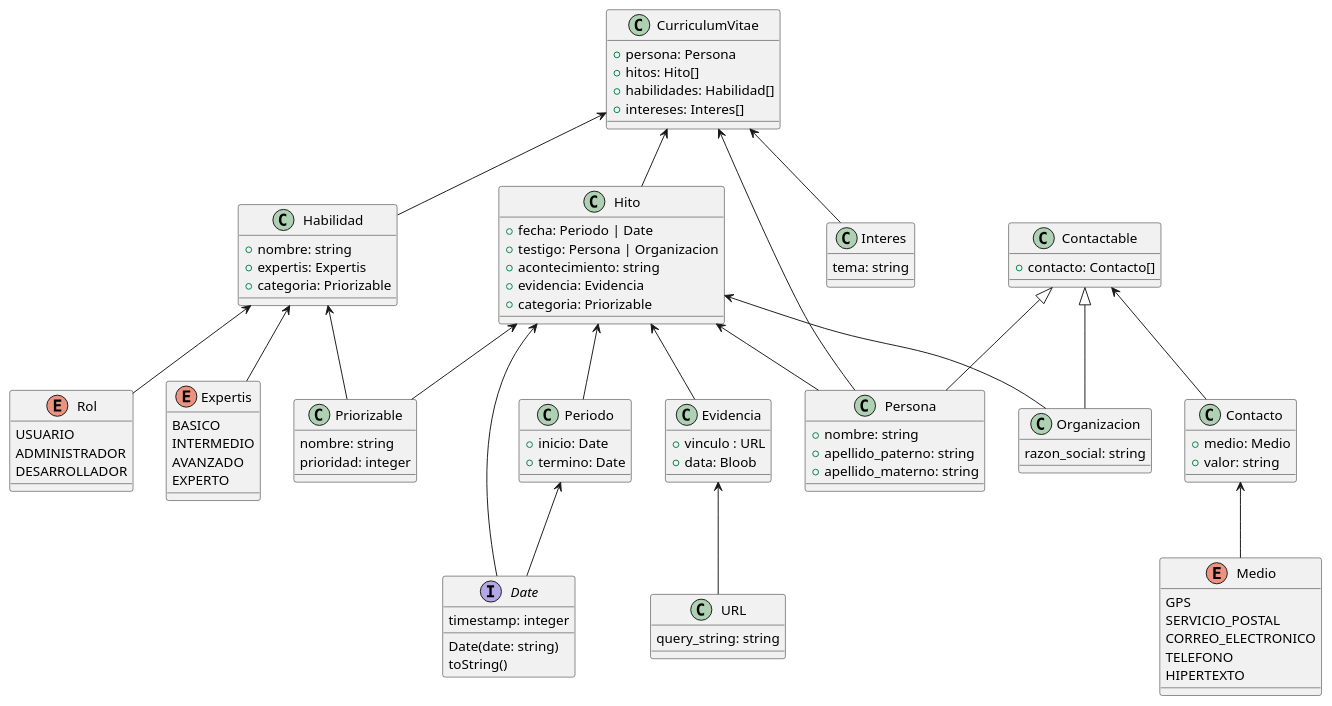
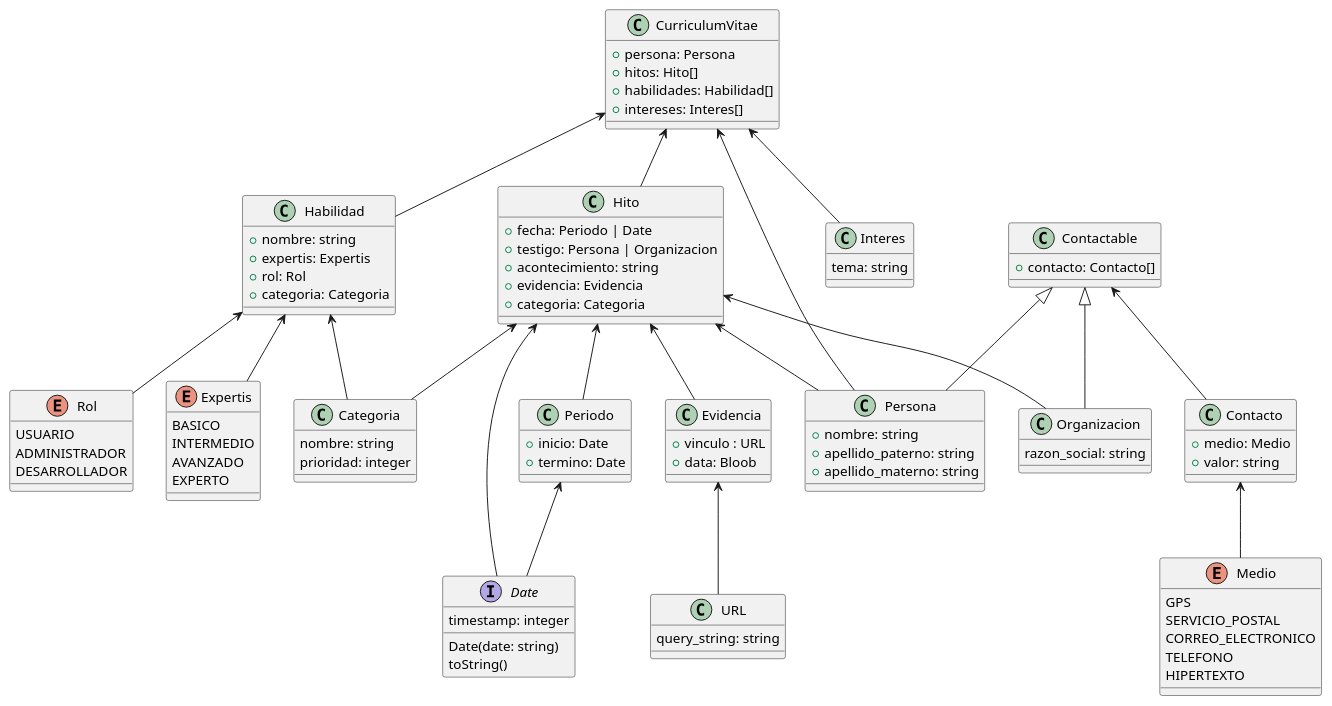
Before and after one commit to emirhg/curriculum-vitae: the diagram in arc/curriculum-vitae-class-diagram.puml, drawn with PlantUML.

Commit message:
chg: doc: Cambio clase Priorizable pro Categorizable

```diff
--- a/arc/curriculum-vitae-class-diagram.puml
+++ b/arc/curriculum-vitae-class-diagram.puml
@@ -1,115 +1,116 @@
 @startuml
   class CurriculumVitae {
     + persona: Persona
     + hitos: Hito[]
     + habilidades: Habilidad[]
     + intereses: Interes[]
   }
 
   class Interes {
     tema: string
   }
 
-  class Priorizable {
+  class Categoria {
     nombre: string
     prioridad: integer
   }
 
   class Habilidad {
     + nombre: string
     + expertis: Expertis
-    + categoria: Priorizable
+    + rol: Rol
+    + categoria: Categoria
   }
 
   class Periodo {
     + inicio: Date
     + termino: Date
   }
 
   class Hito {
     + fecha: Periodo | Date
     + testigo: Persona | Organizacion
     + acontecimiento: string
     + evidencia: Evidencia
-    + categoria: Priorizable
+    + categoria: Categoria
   }
 
   class URL {
     query_string: string
   }
 
   class Evidencia {
     + vinculo : URL
     + data: Bloob
   }
 
   class Organizacion extends Contactable {
     razon_social: string
   }
 
   enum Expertis {
       BASICO
       INTERMEDIO
       AVANZADO
       EXPERTO
   }
 
   enum Rol {
       USUARIO
       ADMINISTRADOR
       DESARROLLADOR
   }
 
   class Persona extends Contactable {
     + nombre: string
     + apellido_paterno: string
     + apellido_materno: string
   }
 
   class Contactable {
     + contacto: Contacto[]
   }
 
   class Contacto {
       + medio: Medio
       + valor: string
   }
 
   interface Date {
     timestamp: integer
     Date(date: string)
     toString()
   }
 
   enum Medio {
     GPS
     SERVICIO_POSTAL
     CORREO_ELECTRONICO
     TELEFONO
     HIPERTEXTO
   }
 
   Contacto <-- Medio
 
   CurriculumVitae <-- Persona
   CurriculumVitae <-- Habilidad
   CurriculumVitae <-- Hito
   CurriculumVitae <-- Interes
 
   Evidencia <-- URL
 
   Habilidad <-- Expertis
-  Habilidad <-- Priorizable
   Habilidad <-- Rol
+  Habilidad <-- Categoria
 
-  Hito <-- Priorizable
+  Hito <-- Categoria
   Hito <-- Evidencia
   Hito <-- Persona
   Hito <-- Organizacion
   Hito <-- Date
   Hito <-- Periodo
 
   Contactable <-- Contacto
 
   Periodo <-- Date
 @enduml
```
